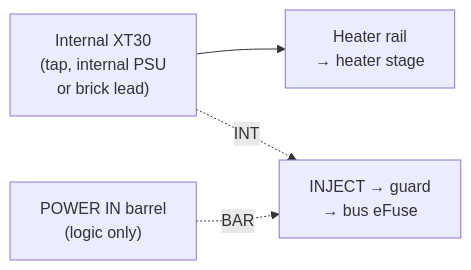
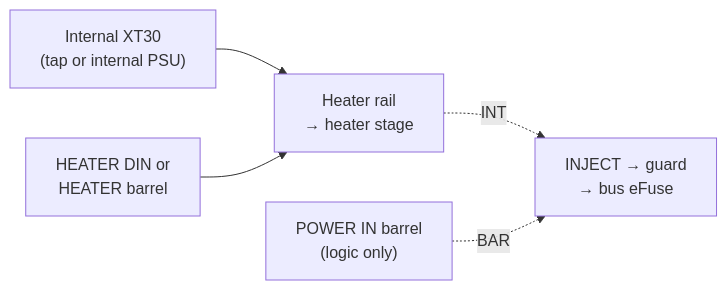
One commit to BashfulBits/3dp-fleet-exhaust changed the second of 3 diagrams in docs/02_hardware_specification.md. Above: the diagram before and after it, drawn with Mermaid. The commit also changed other lines of this file and 7 other files, not shown here.

````diff
--- a/docs/02_hardware_specification.md
+++ b/docs/02_hardware_specification.md
@@ -81,6 +81,7 @@
 ```mermaid
 flowchart LR
-  HIN["Internal XT30<br>(tap, internal PSU<br>or brick lead)"] --> HR["Heater rail<br>→ heater stage"]
-  HIN -.->|"INT"| EF["INJECT → guard<br>→ bus eFuse"]
+  HIN["Internal XT30<br>(tap or internal PSU)"] --> HR["Heater rail<br>→ heater stage"]
+  HB["HEATER DIN or<br>HEATER barrel"] --> HR
+  HR -.->|"INT"| EF["INJECT → guard<br>→ bus eFuse"]
   BAR["POWER IN barrel<br>(logic only)"] -.->|"BAR"| EF
 ```
````
